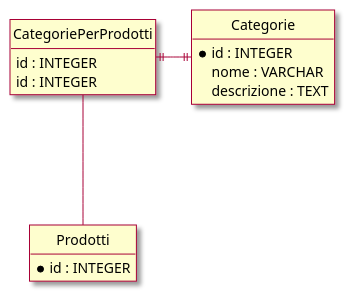
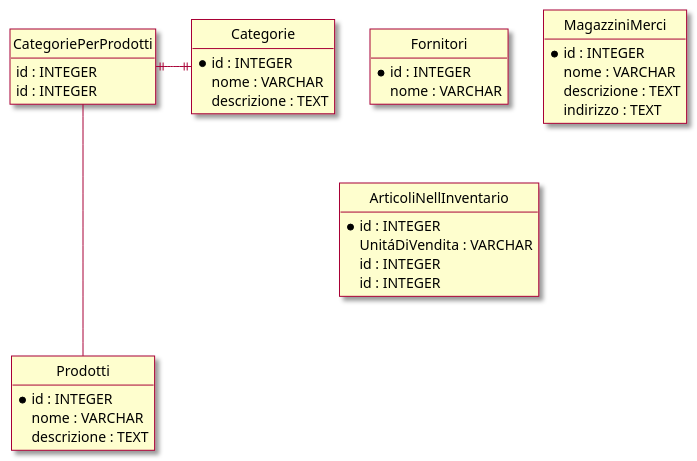
The diagram in RegistroDelleVendite_v0_[sqlite3][IT].puml (carrilloluis/Vendite_DB), drawn with PlantUML before and after one commit.

```diff
--- a/RegistroDelleVendite_v0_[sqlite3][IT].puml
+++ b/RegistroDelleVendite_v0_[sqlite3][IT].puml
@@ -1,25 +1,46 @@
 @startuml u1
-	
+
 	hide circle
 	skin rose
 	hide empty members
 
 	entity Categorie {
 		*id : INTEGER
 		nome : VARCHAR
 		descrizione : TEXT
-	} 
+	}
 
 	entity Prodotti {
 		*id : INTEGER
+		nome : VARCHAR
+		descrizione : TEXT
 	}
 
 	entity CategoriePerProdotti {
+		id : INTEGER
+		id : INTEGER
+	}
+
+	entity Fornitori {
+		*id : INTEGER
+		nome : VARCHAR
+	}
+
+	entity MagazziniMerci {
+		*id : INTEGER
+		nome : VARCHAR
+		descrizione : TEXT
+		indirizzo : TEXT
+	}
+
+	entity ArticoliNellInventario {
+		*id : INTEGER
+		UnitáDiVendita : VARCHAR
 		id : INTEGER
 		id : INTEGER
 	}
 
 	Categorie ||-l-|| CategoriePerProdotti
 	CategoriePerProdotti --- Prodotti
 
 @enduml
```
